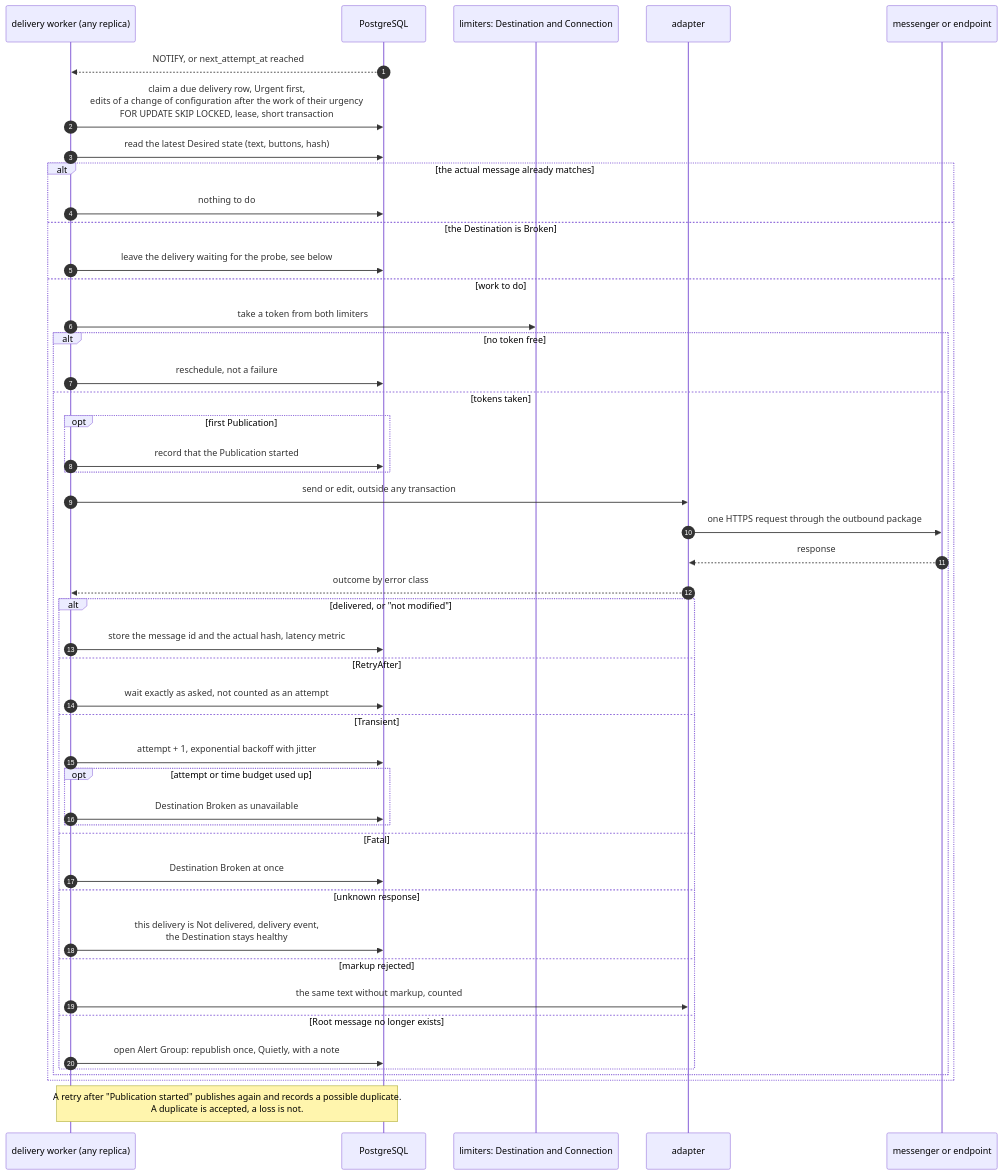
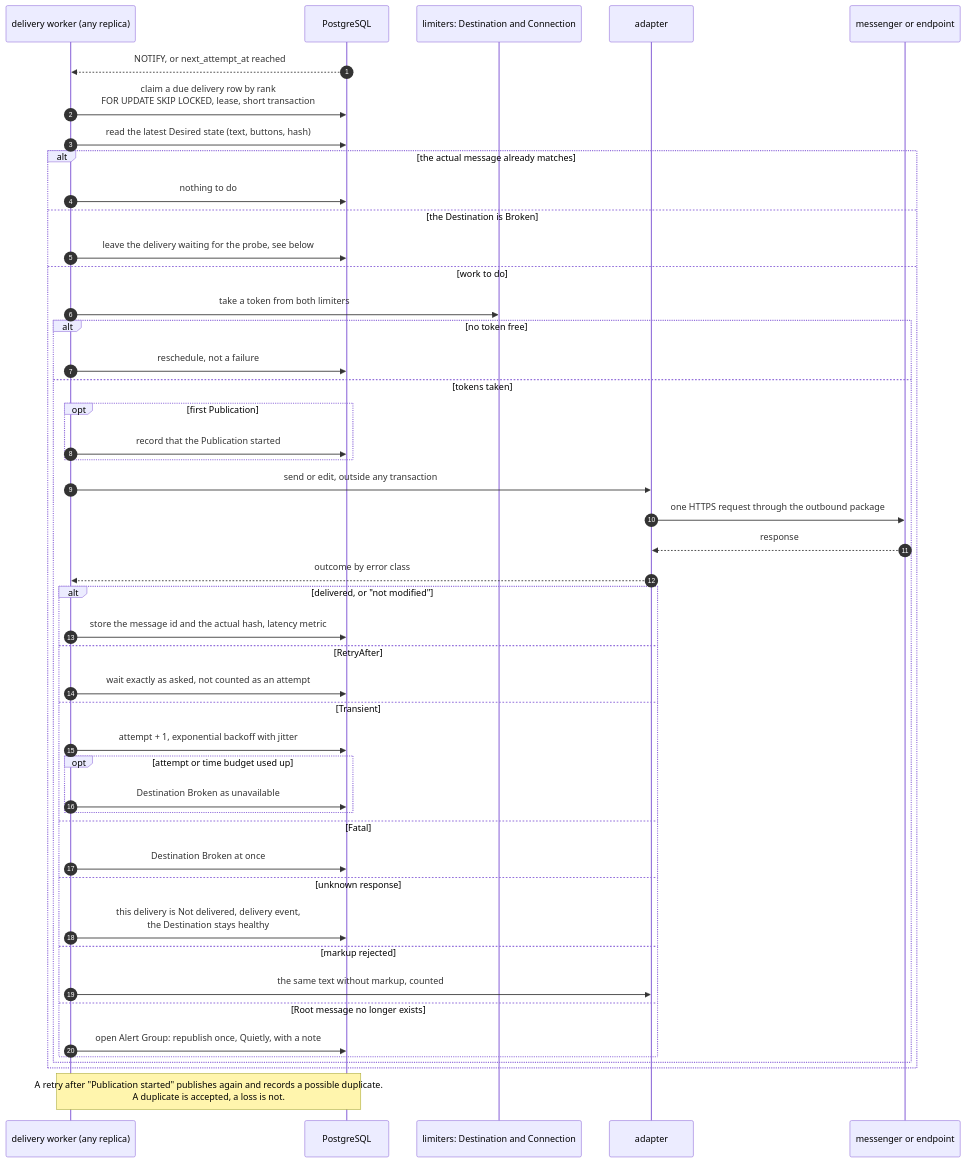
Diagram 13 of 29 in design/architecture.md (muster-io/muster), drawn with Mermaid before and after one commit. The commit also changed other lines of this file and 8 other files, not shown here.

Commit message:
fix(delivery): go back to urgent root messages after each batch of a later pass

````diff
--- a/design/architecture.md
+++ b/design/architecture.md
@@ -850,50 +850,50 @@
 ```mermaid
 sequenceDiagram
     autonumber
     participant DW as delivery worker (any replica)
     participant DB as PostgreSQL
     participant LM as limiters: Destination and Connection
     participant AD as adapter
     participant MS as messenger or endpoint
 
     DB-->>DW: NOTIFY, or next_attempt_at reached
-    DW->>DB: claim a due delivery row, Urgent first,<br/>edits of a change of configuration after the work of their urgency<br/>FOR UPDATE SKIP LOCKED, lease, short transaction
+    DW->>DB: claim a due delivery row by rank<br/>FOR UPDATE SKIP LOCKED, lease, short transaction
     DW->>DB: read the latest Desired state (text, buttons, hash)
     alt the actual message already matches
         DW->>DB: nothing to do
     else the Destination is Broken
         DW->>DB: leave the delivery waiting for the probe, see below
     else work to do
         DW->>LM: take a token from both limiters
         alt no token free
             DW->>DB: reschedule, not a failure
         else tokens taken
             opt first Publication
                 DW->>DB: record that the Publication started
             end
             DW->>AD: send or edit, outside any transaction
             AD->>MS: one HTTPS request through the outbound package
             MS-->>AD: response
             AD-->>DW: outcome by error class
             alt delivered, or "not modified"
                 DW->>DB: store the message id and the actual hash, latency metric
             else RetryAfter
                 DW->>DB: wait exactly as asked, not counted as an attempt
             else Transient
                 DW->>DB: attempt + 1, exponential backoff with jitter
                 opt attempt or time budget used up
                     DW->>DB: Destination Broken as unavailable
                 end
             else Fatal
                 DW->>DB: Destination Broken at once
             else unknown response
                 DW->>DB: this delivery is Not delivered, delivery event,<br/>the Destination stays healthy
             else markup rejected
                 DW->>AD: the same text without markup, counted
             else Root message no longer exists
                 DW->>DB: open Alert Group: republish once, Quietly, with a note
             end
         end
     end
     Note over DW,DB: A retry after "Publication started" publishes again and records a possible duplicate.<br/>A duplicate is accepted, a loss is not.
 ```
````
